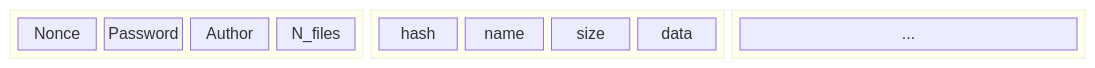
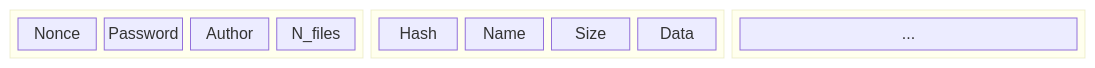
One commit to diogoftm/TPDV changed the second of 2 diagrams in docs/report.md. Above: the diagram before and after it, drawn with Mermaid. The commit also changed other lines of this file and 1 other file, not shown here.

Commit message:
update report

````diff
--- a/docs/report.md
+++ b/docs/report.md
@@ -57,18 +59,18 @@
 ```mermaid
 block-beta
     block
         Nonce
         Password
         Author
         N_files
     end
     block
-      hash
-      name
-      size
-      data
+      Hash
+      Name
+      Size
+      Data
     end
     block
       ...
     end
 ```
````
